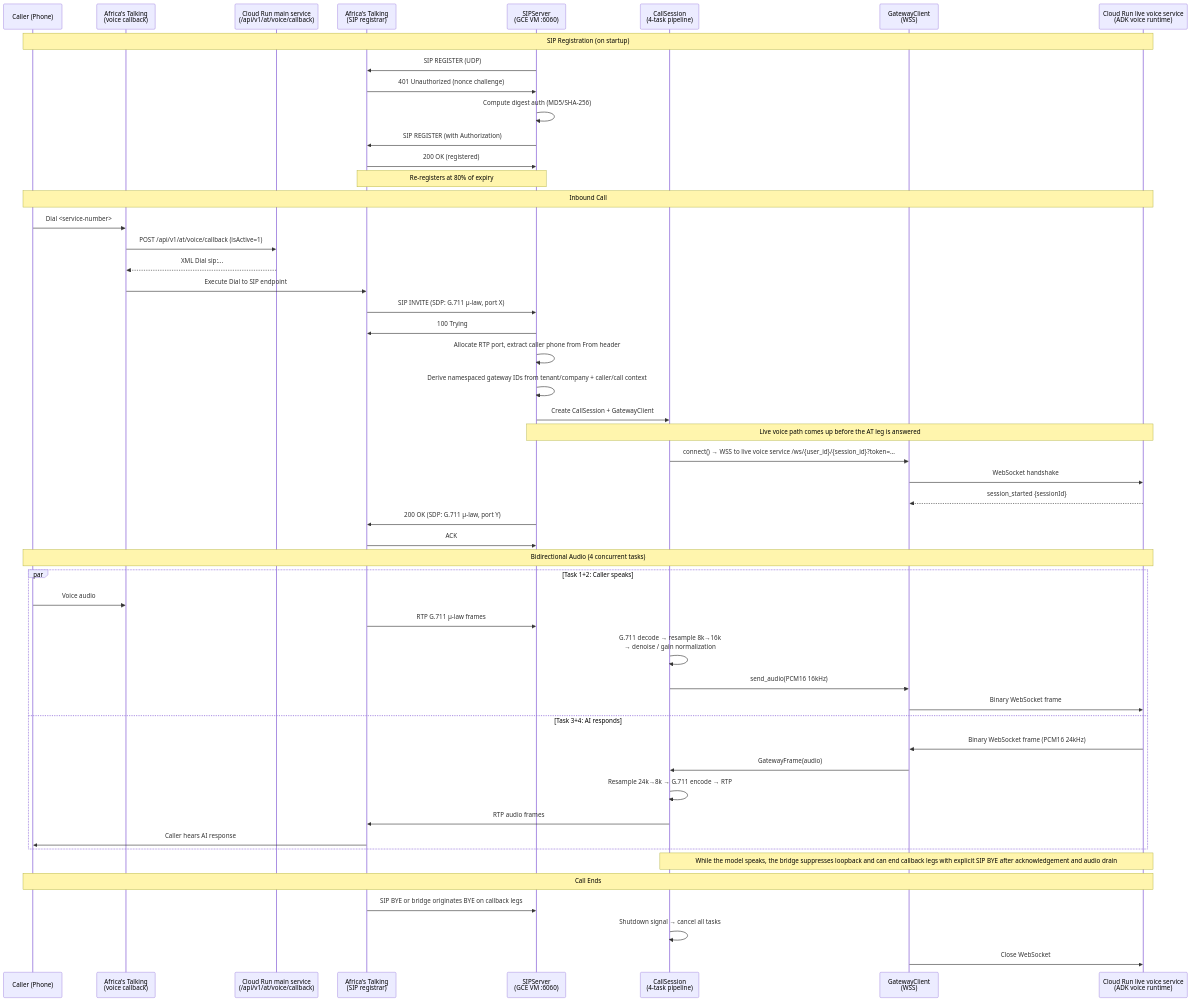
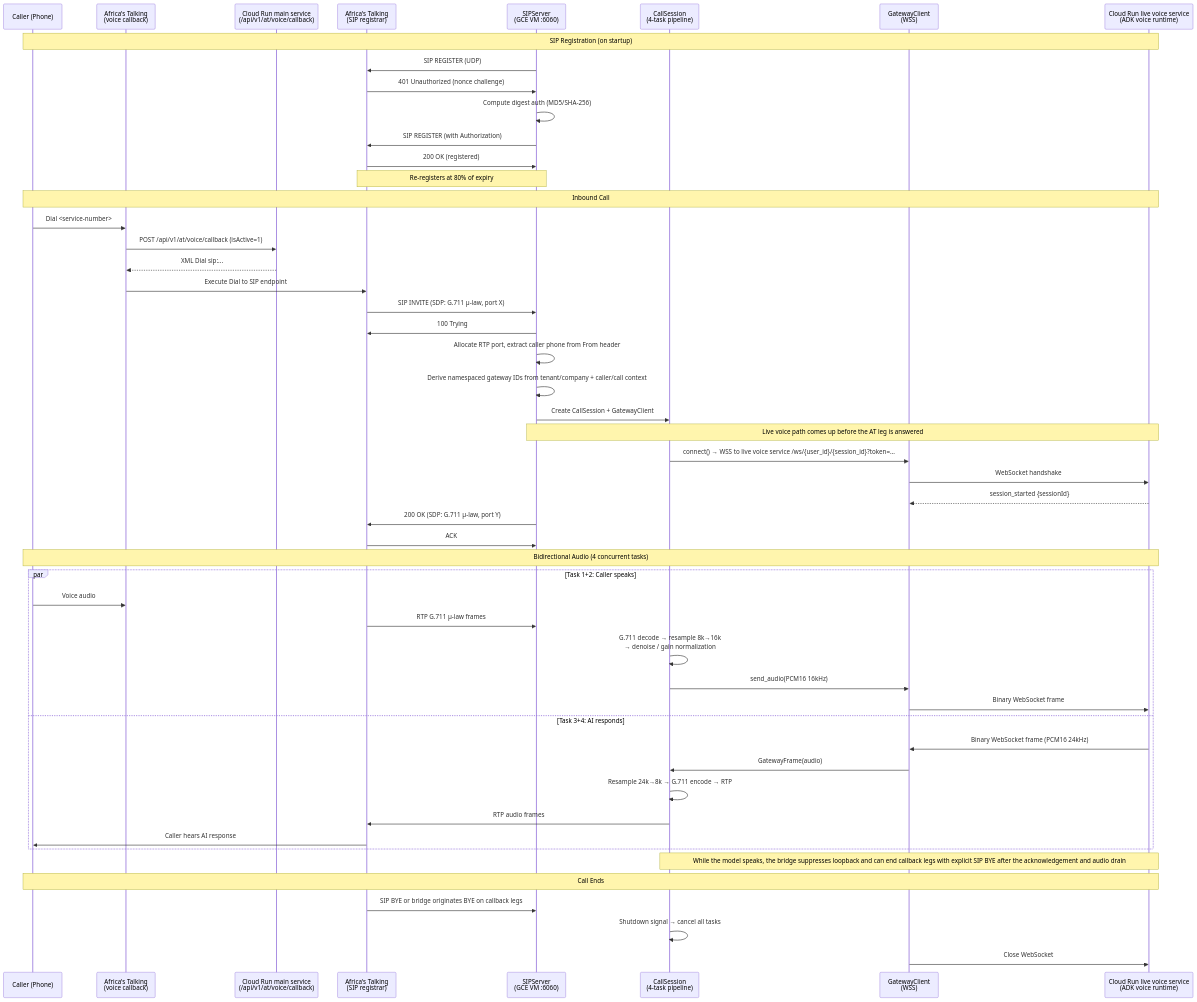
The second of 8 diagrams in docs/architecture/04-telephony.md (ogabasseyy/ekaette), drawn with Mermaid before and after one commit. The commit also changed other lines of this file and 7 other files, not shown here.

````diff
--- a/docs/architecture/04-telephony.md
+++ b/docs/architecture/04-telephony.md
@@ -125,60 +125,60 @@
 ```mermaid
 sequenceDiagram
     participant CALLER as Caller (Phone)
     participant ATC as Africa's Talking<br/>(voice callback)
     participant MAIN as Cloud Run main service<br/>(/api/v1/at/voice/callback)
     participant ATS as Africa's Talking<br/>(SIP registrar)
     participant SIP as SIPServer<br/>(GCE VM :6060)
     participant SESS as CallSession<br/>(4-task pipeline)
     participant GW as GatewayClient<br/>(WSS)
     participant LIVE as Cloud Run live voice service<br/>(ADK voice runtime)
 
     Note over CALLER,LIVE: SIP Registration (on startup)
     SIP->>ATS: SIP REGISTER (UDP)
     ATS->>SIP: 401 Unauthorized (nonce challenge)
     SIP->>SIP: Compute digest auth (MD5/SHA-256)
     SIP->>ATS: SIP REGISTER (with Authorization)
     ATS->>SIP: 200 OK (registered)
     Note over SIP,ATS: Re-registers at 80% of expiry
 
     Note over CALLER,LIVE: Inbound Call
     CALLER->>ATC: Dial <service-number>
     ATC->>MAIN: POST /api/v1/at/voice/callback (isActive=1)
     MAIN-->>ATC: XML Dial sip:...
     ATC->>ATS: Execute Dial to SIP endpoint
     ATS->>SIP: SIP INVITE (SDP: G.711 μ-law, port X)
     SIP->>ATS: 100 Trying
     SIP->>SIP: Allocate RTP port, extract caller phone from From header
     SIP->>SIP: Derive namespaced gateway IDs from tenant/company + caller/call context
     SIP->>SESS: Create CallSession + GatewayClient
 
     Note over SIP,LIVE: Live voice path comes up before the AT leg is answered
     SESS->>GW: connect() → WSS to live voice service /ws/{user_id}/{session_id}?token=...
     GW->>LIVE: WebSocket handshake
     LIVE-->>GW: session_started {sessionId}
     SIP->>ATS: 200 OK (SDP: G.711 μ-law, port Y)
     ATS->>SIP: ACK
 
     Note over CALLER,LIVE: Bidirectional Audio (4 concurrent tasks)
 
     par Task 1+2: Caller speaks
         CALLER->>ATC: Voice audio
         ATS->>SIP: RTP G.711 μ-law frames
         SESS->>SESS: G.711 decode → resample 8k→16k<br/>→ denoise / gain normalization
         SESS->>GW: send_audio(PCM16 16kHz)
         GW->>LIVE: Binary WebSocket frame
     and Task 3+4: AI responds
         LIVE->>GW: Binary WebSocket frame (PCM16 24kHz)
         GW->>SESS: GatewayFrame(audio)
         SESS->>SESS: Resample 24k→8k → G.711 encode → RTP
         SESS->>ATS: RTP audio frames
         ATS->>CALLER: Caller hears AI response
     end
 
-    Note over SESS,LIVE: While the model speaks, the bridge suppresses loopback and can end callback legs with explicit SIP BYE after acknowledgement and audio drain
+    Note over SESS,LIVE: While the model speaks, the bridge suppresses loopback and can end callback legs with explicit SIP BYE after the acknowledgement and audio drain
 
     Note over CALLER,LIVE: Call Ends
     ATS->>SIP: SIP BYE or bridge originates BYE on callback legs
     SESS->>SESS: Shutdown signal → cancel all tasks
     GW->>LIVE: Close WebSocket
 ```
````
